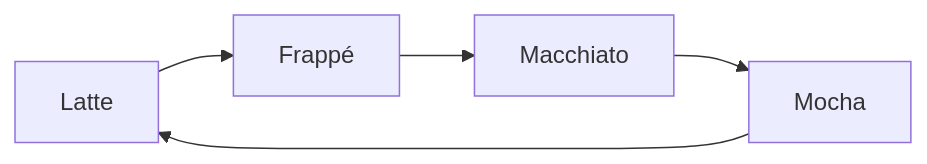
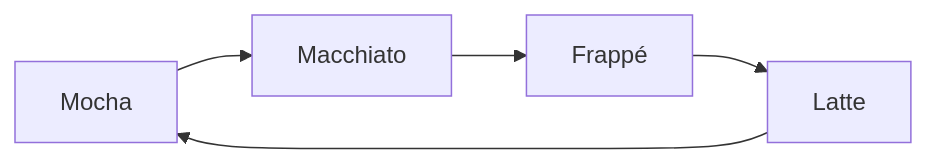
One commit to jonathan343/catppuccin-zensical changed the diagram in docs/showcase.md. Above: the diagram before and after it, drawn with Mermaid. The commit also changed 7 other files, not shown here.

````diff
--- a/docs/showcase.md
+++ b/docs/showcase.md
@@ -111,7 +111,7 @@
 ``` mermaid
 graph LR
-  A[Latte] --> B[Frappé]
-  B --> C[Macchiato]
-  C --> D[Mocha]
+  A[Mocha] --> B[Macchiato]
+  B --> C[Frappé]
+  C --> D[Latte]
   D --> A
 ```
````
